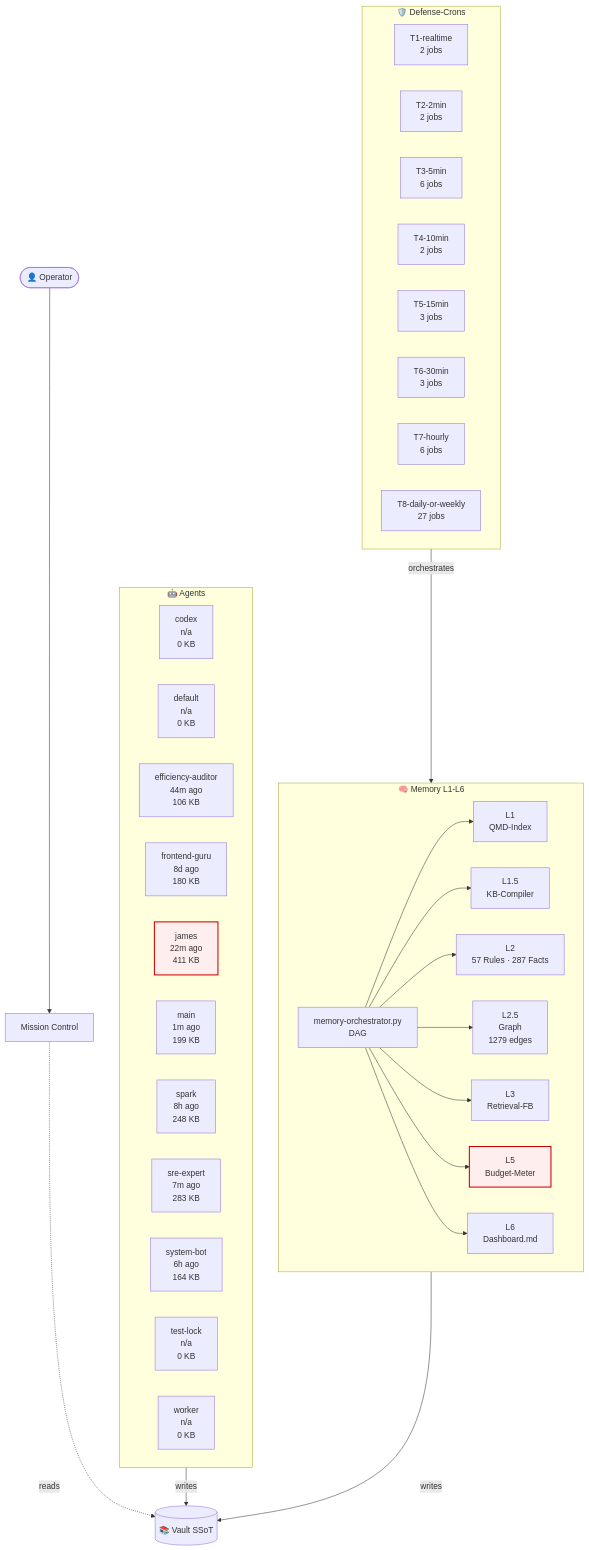
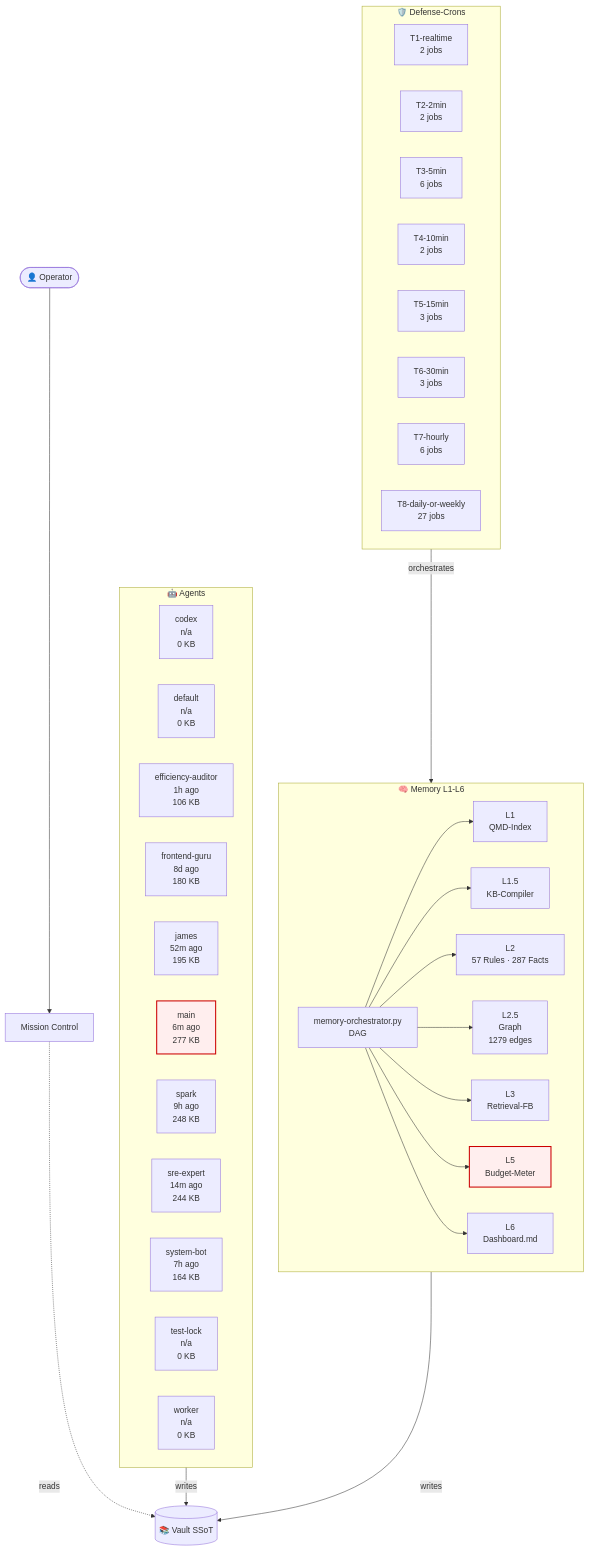
The diagram in 03-Agents/architecture-live.md (lenardhuebner88-rgb/openclaw-memory), drawn with Mermaid before and after one commit. The commit also changed other lines of this file and 14 other files, not shown here.

````diff
--- a/03-Agents/architecture-live.md
+++ b/03-Agents/architecture-live.md
@@ -18,54 +18,54 @@
 ```mermaid
 flowchart TB
     classDef critical fill:#fee,stroke:#c00,stroke-width:2px;
     subgraph AGT["🤖 Agents"]
         agent_codex["codex<br/>n/a<br/>0 KB"]
         agent_default["default<br/>n/a<br/>0 KB"]
-        agent_efficiency_auditor["efficiency-auditor<br/>44m ago<br/>106 KB"]
+        agent_efficiency_auditor["efficiency-auditor<br/>1h ago<br/>106 KB"]
         agent_frontend_guru["frontend-guru<br/>8d ago<br/>180 KB"]
-        agent_james["james<br/>22m ago<br/>411 KB"]
-        agent_main["main<br/>1m ago<br/>199 KB"]
-        agent_spark["spark<br/>8h ago<br/>248 KB"]
-        agent_sre_expert["sre-expert<br/>7m ago<br/>283 KB"]
-        agent_system_bot["system-bot<br/>6h ago<br/>164 KB"]
+        agent_james["james<br/>52m ago<br/>195 KB"]
+        agent_main["main<br/>6m ago<br/>277 KB"]
+        agent_spark["spark<br/>9h ago<br/>248 KB"]
+        agent_sre_expert["sre-expert<br/>14m ago<br/>244 KB"]
+        agent_system_bot["system-bot<br/>7h ago<br/>164 KB"]
         agent_test_lock["test-lock<br/>n/a<br/>0 KB"]
         agent_worker["worker<br/>n/a<br/>0 KB"]
     end
     subgraph MEM["🧠 Memory L1-L6"]
         L1["L1<br/>QMD-Index"]
         L15["L1.5<br/>KB-Compiler"]
         L2["L2<br/>57 Rules · 287 Facts"]
         L25["L2.5<br/>Graph<br/>1279 edges"]
         L3["L3<br/>Retrieval-FB"]
         L5["L5<br/>Budget-Meter"]
         L6["L6<br/>Dashboard.md"]
         ORCH["memory-orchestrator.py<br/>DAG"]
     end
     subgraph CRN["🛡️ Defense-Crons"]
         tier_T1_realtime["T1-realtime<br/>2 jobs"]
         tier_T2_2min["T2-2min<br/>2 jobs"]
         tier_T3_5min["T3-5min<br/>6 jobs"]
         tier_T4_10min["T4-10min<br/>2 jobs"]
         tier_T5_15min["T5-15min<br/>3 jobs"]
         tier_T6_30min["T6-30min<br/>3 jobs"]
         tier_T7_hourly["T7-hourly<br/>6 jobs"]
         tier_T8_daily_or_weekly["T8-daily-or-weekly<br/>27 jobs"]
     end
     VAULT[("📚 Vault SSoT")]
     OP([👤 Operator])
     MC["Mission Control"]
     OP --> MC
     MC -.reads.-> VAULT
     AGT -->|writes| VAULT
     MEM -->|writes| VAULT
     ORCH --> L1
     ORCH --> L15
     ORCH --> L2
     ORCH --> L25
     ORCH --> L3
     ORCH --> L5
     ORCH --> L6
     CRN -->|orchestrates| MEM
     class L5 critical
-    class agent_james critical
+    class agent_main critical
 ```
````
